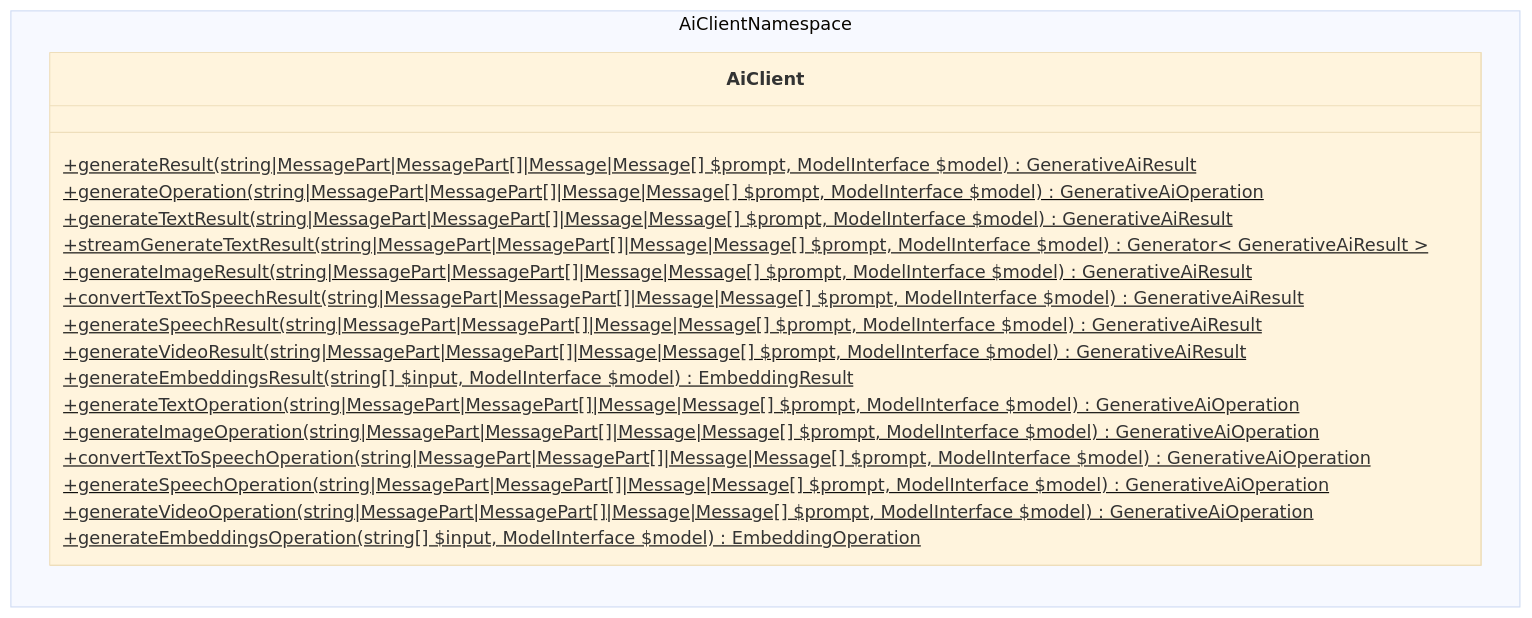
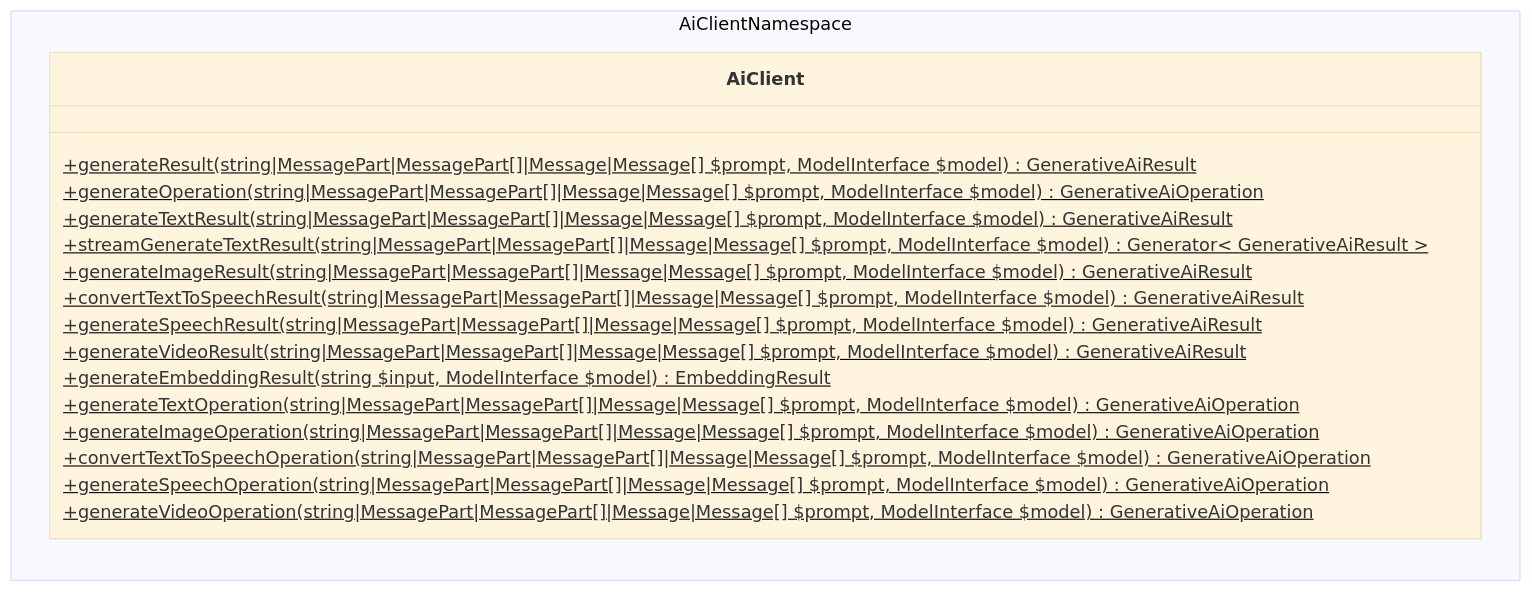
One commit to WordPress/php-ai-client changed the second of 6 diagrams in docs/ARCHITECTURE.md. Above: the diagram before and after it, drawn with Mermaid (base theme). The commit also changed other lines of this file and 5 other files, not shown here.

Commit message:
Harden embedding model resolution

````diff
--- a/docs/ARCHITECTURE.md
+++ b/docs/ARCHITECTURE.md
@@ -406,28 +406,27 @@
 ```mermaid
 ---
 config:
   class:
     hideEmptyMembersBox: true
 ---
 classDiagram
 direction LR
     namespace AiClientNamespace {
         class AiClient {
             +generateResult(string|MessagePart|MessagePart[]|Message|Message[] $prompt, ModelInterface $model) GenerativeAiResult$
             +generateOperation(string|MessagePart|MessagePart[]|Message|Message[] $prompt, ModelInterface $model) GenerativeAiOperation$
             +generateTextResult(string|MessagePart|MessagePart[]|Message|Message[] $prompt, ModelInterface $model) GenerativeAiResult$
             +streamGenerateTextResult(string|MessagePart|MessagePart[]|Message|Message[] $prompt, ModelInterface $model) Generator< GenerativeAiResult >$
             +generateImageResult(string|MessagePart|MessagePart[]|Message|Message[] $prompt, ModelInterface $model) GenerativeAiResult$
             +convertTextToSpeechResult(string|MessagePart|MessagePart[]|Message|Message[] $prompt, ModelInterface $model) GenerativeAiResult$
             +generateSpeechResult(string|MessagePart|MessagePart[]|Message|Message[] $prompt, ModelInterface $model) GenerativeAiResult$
             +generateVideoResult(string|MessagePart|MessagePart[]|Message|Message[] $prompt, ModelInterface $model) GenerativeAiResult$
-            +generateEmbeddingsResult(string[] $input, ModelInterface $model) EmbeddingResult$
+            +generateEmbeddingResult(string $input, ModelInterface $model) EmbeddingResult$
             +generateTextOperation(string|MessagePart|MessagePart[]|Message|Message[] $prompt, ModelInterface $model) GenerativeAiOperation$
             +generateImageOperation(string|MessagePart|MessagePart[]|Message|Message[] $prompt, ModelInterface $model) GenerativeAiOperation$
             +convertTextToSpeechOperation(string|MessagePart|MessagePart[]|Message|Message[] $prompt, ModelInterface $model) GenerativeAiOperation$
             +generateSpeechOperation(string|MessagePart|MessagePart[]|Message|Message[] $prompt, ModelInterface $model) GenerativeAiOperation$
             +generateVideoOperation(string|MessagePart|MessagePart[]|Message|Message[] $prompt, ModelInterface $model) GenerativeAiOperation$
-            +generateEmbeddingsOperation(string[] $input, ModelInterface $model) EmbeddingOperation$
         }
     }
 ```
````
